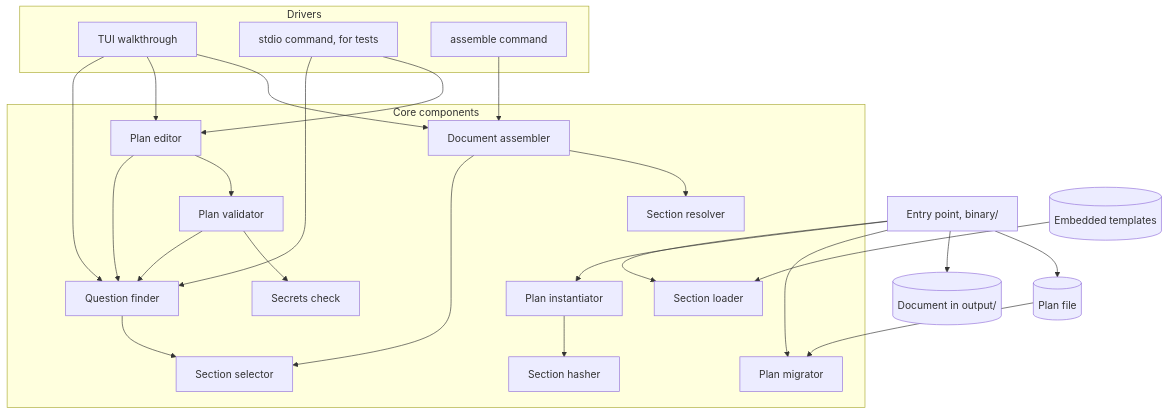
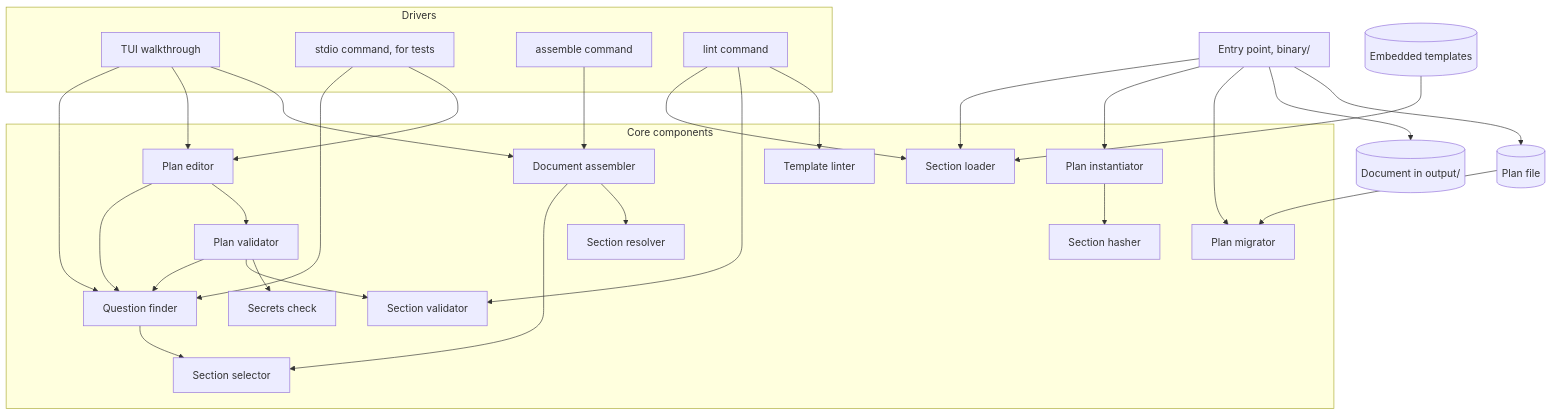
One commit to 8thlight-daveloper/onboard-kit changed the diagram in docs/architecture/components.md. Above: the diagram before and after it, drawn with Mermaid. The commit also changed other lines of this file and 7 other files, not shown here.

Commit message:
Add the section validator and template linter, and run lint in CI

````diff
--- a/docs/architecture/components.md
+++ b/docs/architecture/components.md
@@ -9,53 +9,60 @@
 ```mermaid
 flowchart TB
     subgraph drivers["Drivers"]
         tui["TUI walkthrough"]
         stdio["stdio command, for tests"]
         assemble_command["assemble command"]
+        lint_command["lint command"]
     end
 
     entry["Entry point, binary/"]
 
     subgraph core["Core components"]
         finder["Question finder"]
         validator["Plan validator"]
         editor["Plan editor"]
         assembler["Document assembler"]
         instantiator["Plan instantiator"]
         migrator["Plan migrator"]
         loader["Section loader"]
         selector["Section selector"]
         resolver["Section resolver"]
         hasher["Section hasher"]
+        sectionvalidator["Section validator"]
+        linter["Template linter"]
         secrets["Secrets check"]
     end
 
     templates[("Embedded templates")]
     planfile[("Plan file")]
     document[("Document in output/")]
 
     tui --> finder
     tui --> editor
     tui --> assembler
     stdio --> finder
     stdio --> editor
     assemble_command --> assembler
+    lint_command --> loader
+    lint_command --> sectionvalidator
+    lint_command --> linter
 
     finder --> selector
     validator --> finder
+    validator --> sectionvalidator
     validator --> secrets
     editor --> finder
     editor --> validator
     assembler --> selector
     assembler --> resolver
     instantiator --> hasher
 
     entry --> loader
     entry --> instantiator
     entry --> migrator
 
     templates --> loader
     planfile --> migrator
     entry --> document
     entry --> planfile
 ```
````
